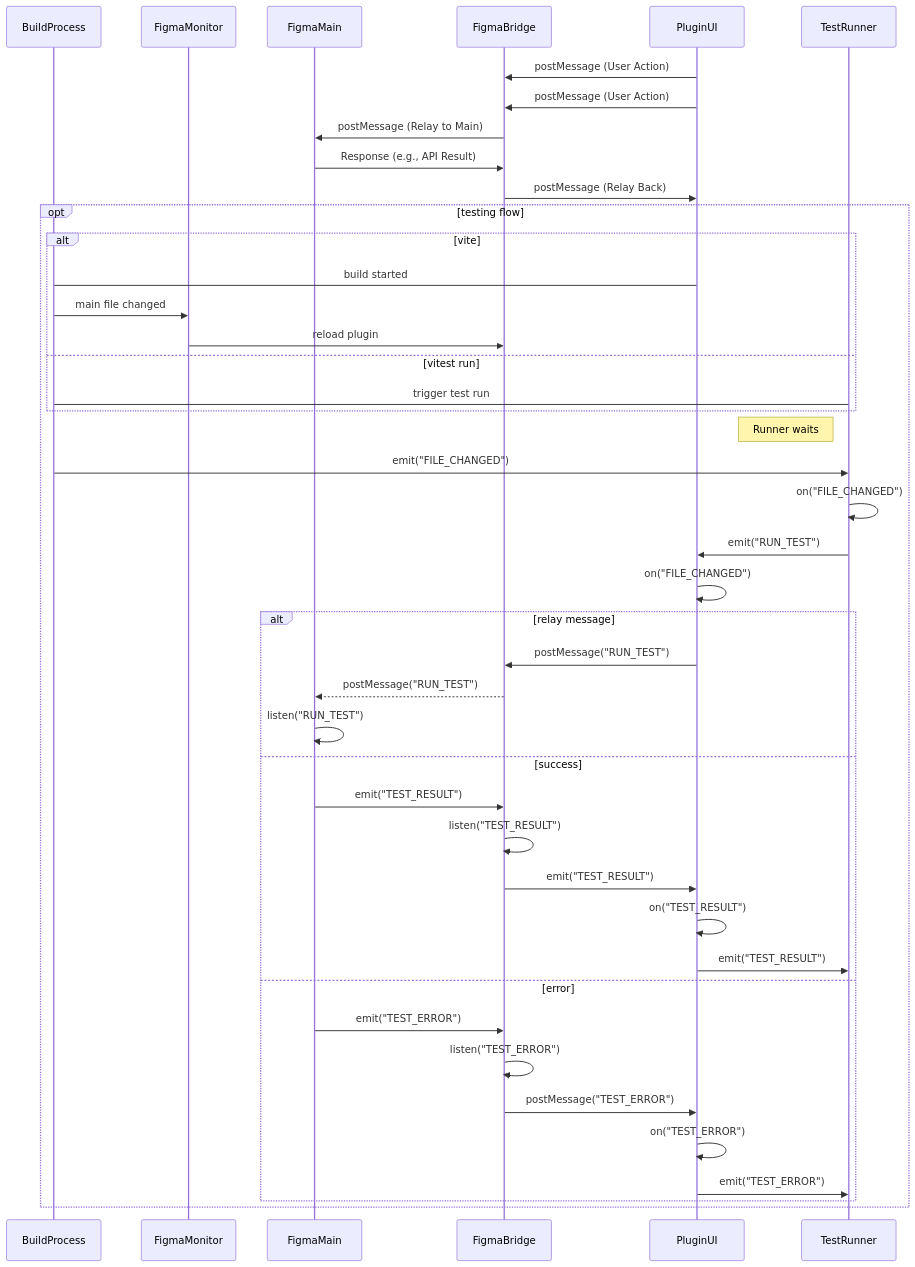
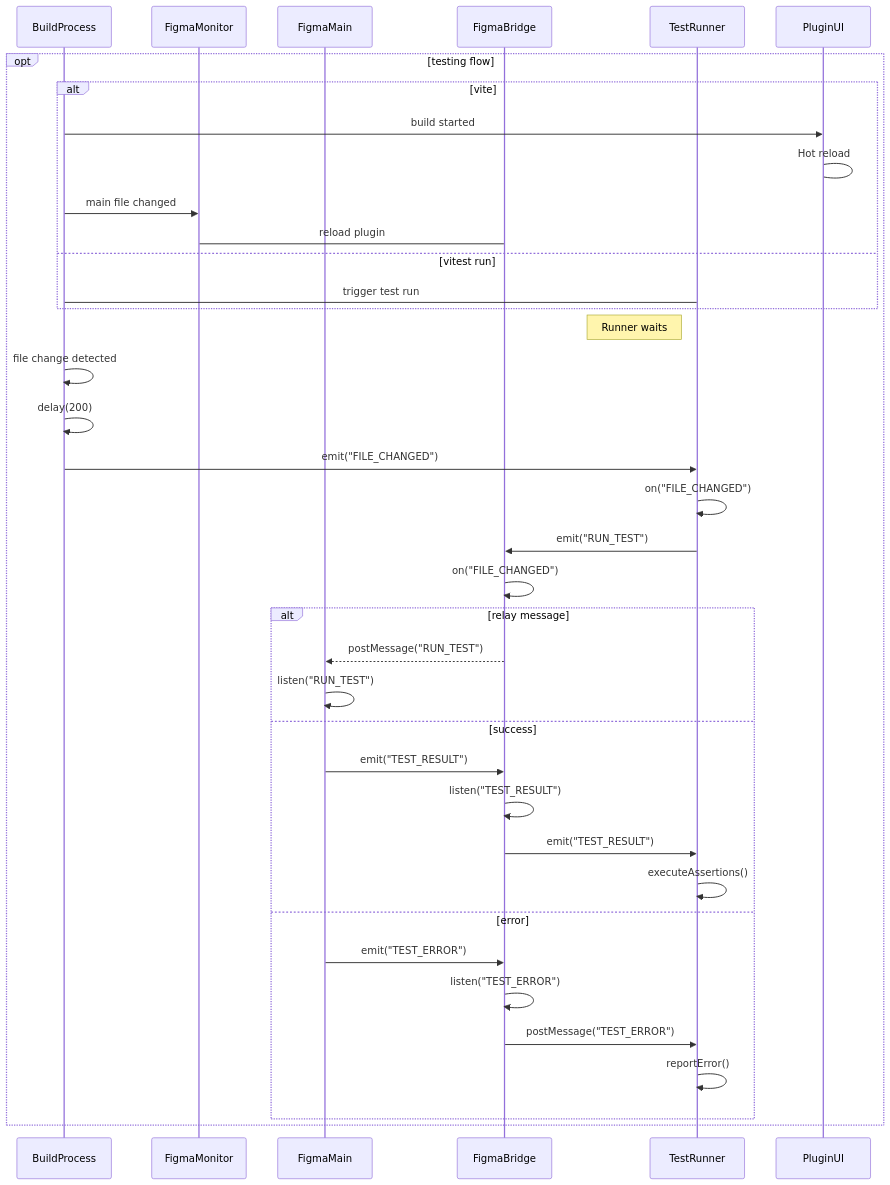
The diagram in docs/plugin-communication.md (gavinmcfarland/plugma), drawn with Mermaid before and after one commit. The commit also changed 7 other files, not shown here.

````diff
--- a/docs/plugin-communication.md
+++ b/docs/plugin-communication.md
@@ -1,51 +1,47 @@
 ```mermaid
 sequenceDiagram
     participant BuildProcess
     participant FigmaMonitor
     participant FigmaMain
     participant FigmaBridge
+    participant TestRunner
     participant PluginUI
-    participant TestRunner
-
-    PluginUI->>FigmaBridge: postMessage (User Action)
-    PluginUI->>FigmaBridge: postMessage (User Action)
-    FigmaBridge->>FigmaMain: postMessage (Relay to Main)
-    FigmaMain->>FigmaBridge: Response (e.g., API Result)
-    FigmaBridge->>PluginUI: postMessage (Relay Back)
 
     opt testing flow
         alt vite
-            BuildProcess->PluginUI: build started
+            BuildProcess->>PluginUI: build started
+            PluginUI->PluginUI: Hot reload
             BuildProcess->>FigmaMonitor: main file changed
-            FigmaMonitor->>FigmaBridge: reload plugin
+            FigmaMonitor->FigmaBridge: reload plugin
         else vitest run
             BuildProcess->TestRunner: trigger test run
         end
 
         note left of TestRunner: Runner waits
+        BuildProcess->>BuildProcess: file change detected
+        BuildProcess->>BuildProcess: delay(200)
         BuildProcess->>TestRunner: emit("FILE_CHANGED")
 
         TestRunner->>TestRunner: on("FILE_CHANGED")
-        TestRunner->>PluginUI: emit("RUN_TEST")
+        TestRunner->>FigmaBridge: emit("RUN_TEST")
 
-        PluginUI->>PluginUI: on("FILE_CHANGED")
+        FigmaBridge->>FigmaBridge: on("FILE_CHANGED")
 
         alt relay message
-            PluginUI->>FigmaBridge: postMessage("RUN_TEST")
+
             FigmaBridge-->>FigmaMain: postMessage("RUN_TEST")
             FigmaMain->>FigmaMain: listen("RUN_TEST")
         else success
             FigmaMain->>FigmaBridge: emit("TEST_RESULT")
             FigmaBridge->>FigmaBridge: listen("TEST_RESULT")
-            FigmaBridge->>PluginUI: emit("TEST_RESULT")
-            PluginUI->>PluginUI: on("TEST_RESULT")
-            PluginUI->>TestRunner: emit("TEST_RESULT")
+            FigmaBridge->>TestRunner: emit("TEST_RESULT")
+            TestRunner->>TestRunner: executeAssertions()
         else error
             FigmaMain->>FigmaBridge: emit("TEST_ERROR")
             FigmaBridge->>FigmaBridge: listen("TEST_ERROR")
-            FigmaBridge->>PluginUI: postMessage("TEST_ERROR")
-            PluginUI->>PluginUI: on("TEST_ERROR")
-            PluginUI->>TestRunner: emit("TEST_ERROR")
+            FigmaBridge->>TestRunner: postMessage("TEST_ERROR")
+            TestRunner->>TestRunner: reportError()
         end
     end
+
 ```
````
